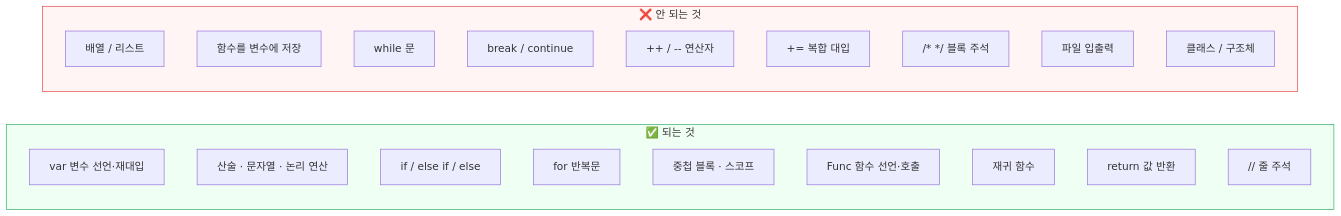
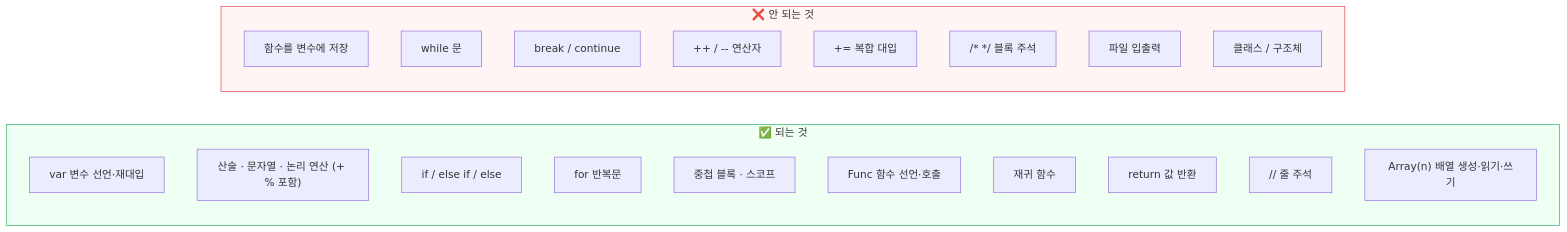
One commit to jwoonng/CRA_Interpreter_B changed the diagram in manual.md. Above: the diagram before and after it, drawn with Mermaid. The commit also changed other lines of this file, not shown here.

````diff
--- a/manual.md
+++ b/manual.md
@@ -253,31 +314,31 @@
 ```mermaid
 flowchart LR
     subgraph YES ["✅ 되는 것"]
         direction TB
         y1["var 변수 선언·재대입"]
-        y2["산술 · 문자열 · 논리 연산"]
+        y2["산술 · 문자열 · 논리 연산 (+ % 포함)"]
         y3["if / else if / else"]
         y4["for 반복문"]
         y5["중첩 블록 · 스코프"]
         y6["Func 함수 선언·호출"]
         y7["재귀 함수"]
         y8["return 값 반환"]
         y9["// 줄 주석"]
+        y10["Array(n) 배열 생성·읽기·쓰기"]
     end
 
     subgraph NO ["❌ 안 되는 것"]
         direction TB
-        n1["배열 / 리스트"]
-        n2["함수를 변수에 저장"]
-        n3["while 문"]
-        n4["break / continue"]
-        n5["++ / -- 연산자"]
-        n6["+= 복합 대입"]
-        n7["/* */ 블록 주석"]
-        n8["파일 입출력"]
-        n9["클래스 / 구조체"]
+        n1["함수를 변수에 저장"]
+        n2["while 문"]
+        n3["break / continue"]
+        n4["++ / -- 연산자"]
+        n5["+= 복합 대입"]
+        n6["/* */ 블록 주석"]
+        n7["파일 입출력"]
+        n8["클래스 / 구조체"]
     end
 
     style YES fill:#f0fff4,stroke:#27ae60
     style NO fill:#fff5f5,stroke:#e53e3e
 ```
````
